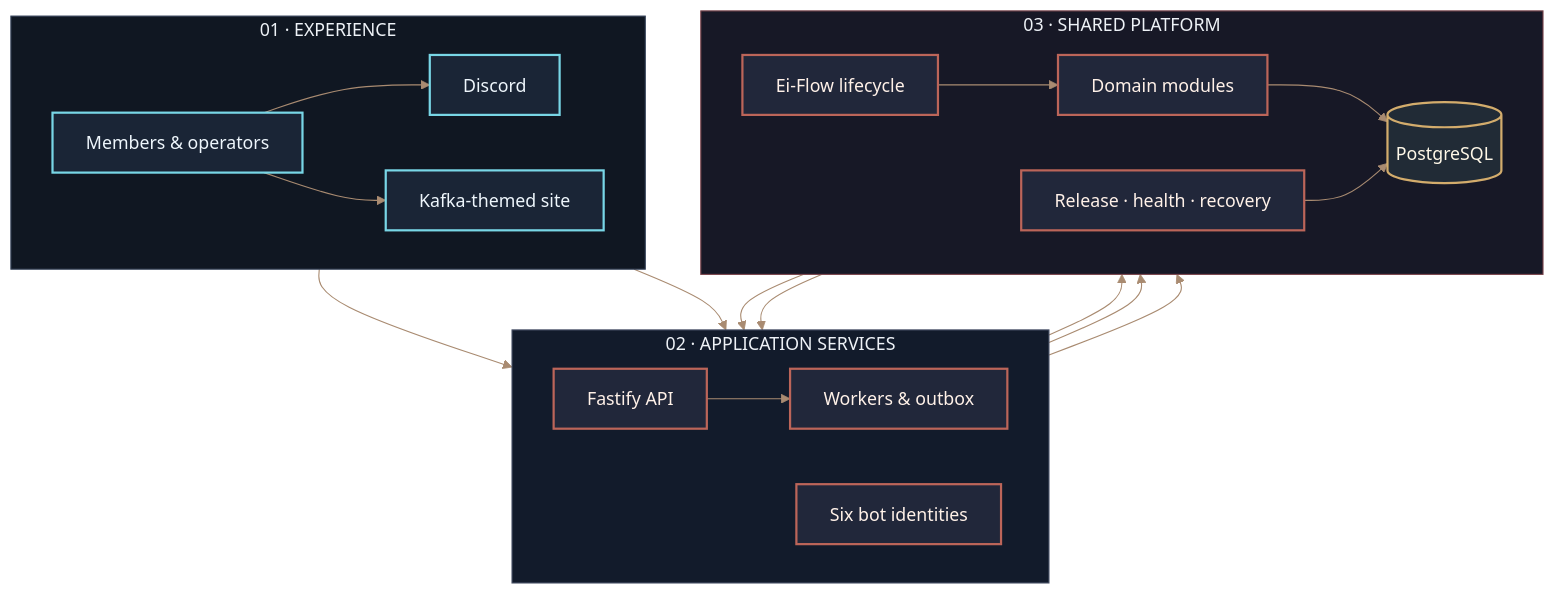
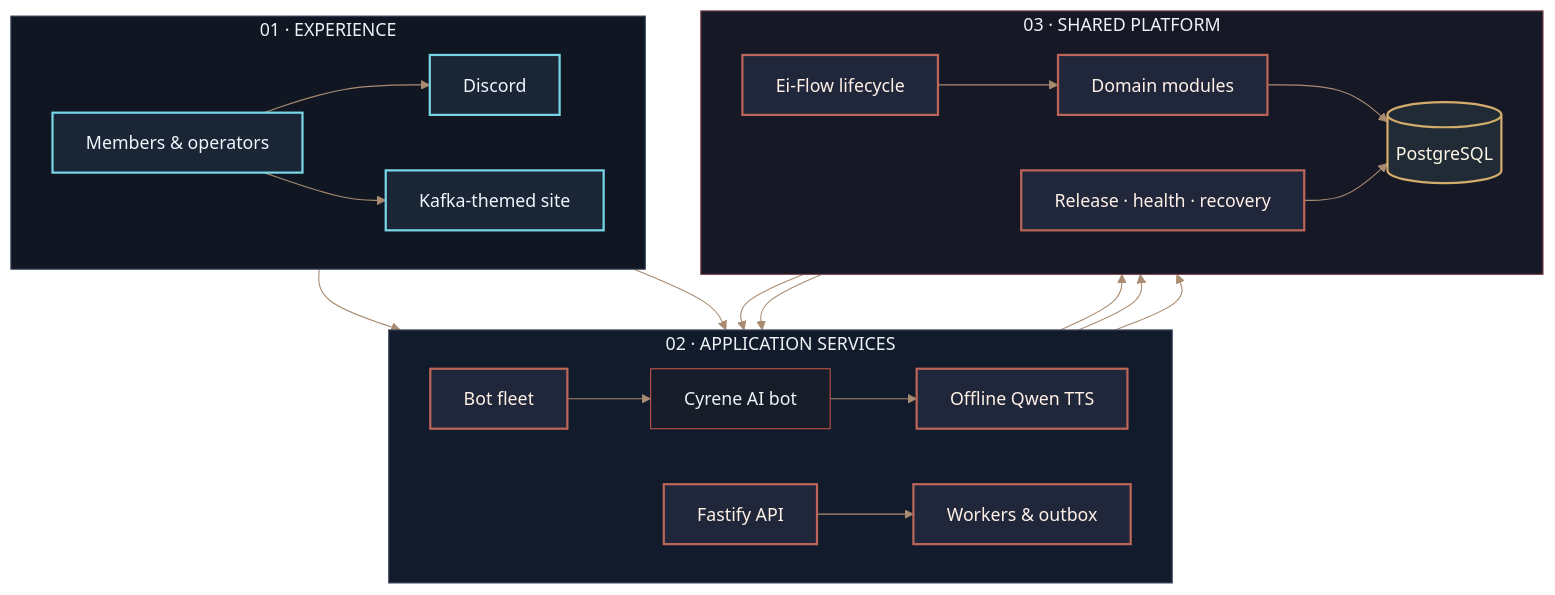
Before and after one commit to xyanncat/Ei-point: the first of 3 diagrams in README.md, drawn with Mermaid. The commit also changed other lines of this file and 30 other files, not shown here.

Commit message:
feat(tts): add local Qwen voice chat playback

````diff
--- a/README.md
+++ b/README.md
@@ -74,45 +76,49 @@
 ```mermaid
 %%{init: {'theme':'base','themeVariables': {'primaryColor':'#171c29','primaryTextColor':'#eef2f7','primaryBorderColor':'#b95348','lineColor':'#a98b71','secondaryColor':'#20283a','tertiaryColor':'#111722','clusterBkg':'#0e1420','clusterBorder':'#39435a','fontFamily':'ui-sans-serif, system-ui, sans-serif'}}}%%
 flowchart TB
   subgraph Experience["01 · EXPERIENCE"]
     direction LR
     Members[Members & operators]
     Discord[Discord]
     Site[Kafka-themed site]
   end
   subgraph Services["02 · APPLICATION SERVICES"]
     direction LR
     API[Fastify API]
-    Fleet[Six bot identities]
+    Fleet[Bot fleet]
+    Cyrene[Cyrene AI bot]
+    Qwen[Offline Qwen TTS]
     Workers[Workers & outbox]
   end
   subgraph Core["03 · SHARED PLATFORM"]
     direction LR
     Flow[Ei-Flow lifecycle]
     Domain[Domain modules]
     DB[(PostgreSQL)]
     Ops[Release · health · recovery]
   end
   Members --> Discord
   Members --> Site
   Site --> API
   Discord --> Fleet
+  Fleet --> Cyrene
+  Cyrene --> Qwen
   Fleet --> Flow
   Flow --> Domain
   API --> DB
   Domain --> DB
   API --> Workers
   Workers --> DB
   Ops --> API
   Ops --> Fleet
   Ops --> DB
   style Experience fill:#101722,stroke:#344157,color:#eef2f7
   style Services fill:#121b2b,stroke:#475066,color:#eef2f7
   style Core fill:#171826,stroke:#7b454d,color:#eef2f7
   classDef actor fill:#1a2536,stroke:#78d6e6,color:#eef6fc,stroke-width:2px
   classDef service fill:#21273a,stroke:#bc6559,color:#fff1e8,stroke-width:2px
   classDef durable fill:#212b36,stroke:#d3ac6c,color:#fff8e8,stroke-width:2px
   class Members,Discord,Site actor
-  class API,Fleet,Workers,Flow,Domain,Ops service
+  class API,Fleet,Qwen,Workers,Flow,Domain,Ops service
   class DB durable
 ```
````
